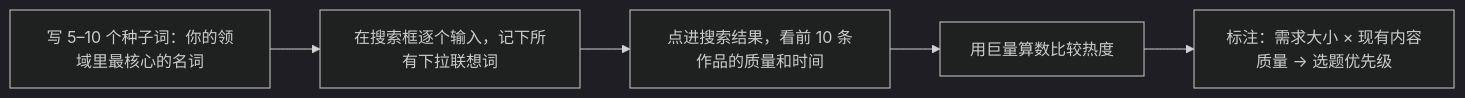
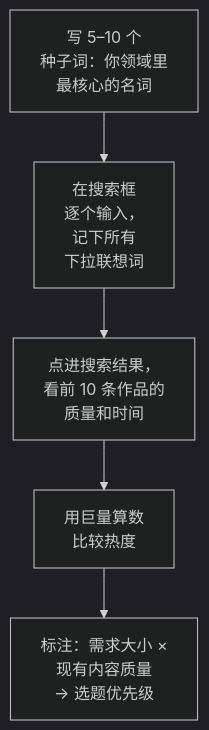
The diagram in books/douyin-kuaishou/05-douyin-search.md (jarvis-pro/hatch-shelf), drawn with Mermaid (dark theme) before and after one commit. The commit also changed 432 other files, not shown here.

````diff
--- a/books/douyin-kuaishou/05-douyin-search.md
+++ b/books/douyin-kuaishou/05-douyin-search.md
@@ -45,7 +45,7 @@
 ```mermaid
-flowchart LR
-  A["写 5–10 个种子词：你的领域里最核心的名词"] --> B["在搜索框逐个输入，记下所有下拉联想词"]
-  B --> C["点进搜索结果，看前 10 条作品的质量和时间"]
-  C --> D["用巨量算数比较热度"]
-  D --> E["标注：需求大小 × 现有内容质量 → 选题优先级"]
+flowchart TD
+  A["写 5–10 个<br/>种子词：你领域里<br/>最核心的名词"] --> B["在搜索框<br/>逐个输入，<br/>记下所有<br/>下拉联想词"]
+  B --> C["点进搜索结果，<br/>看前 10 条作品的<br/>质量和时间"]
+  C --> D["用巨量算数<br/>比较热度"]
+  D --> E["标注：需求大小 ×<br/>现有内容质量<br/>→ 选题优先级"]
 ```
````
